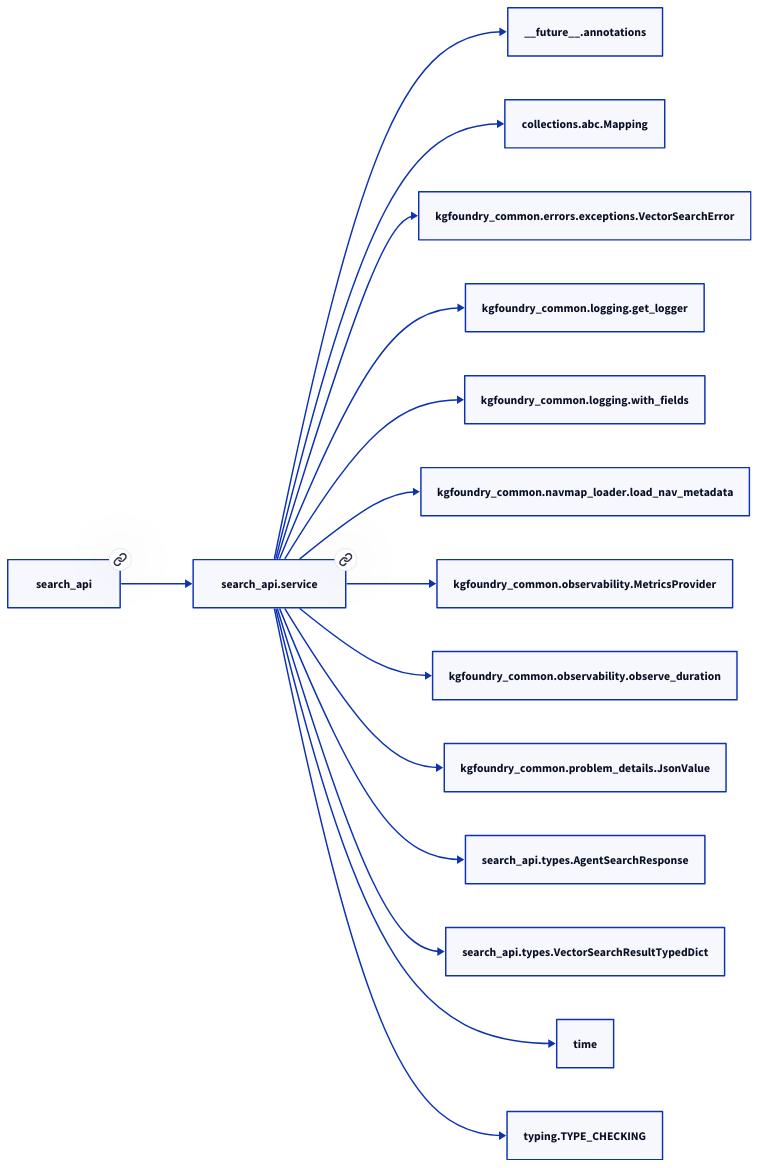
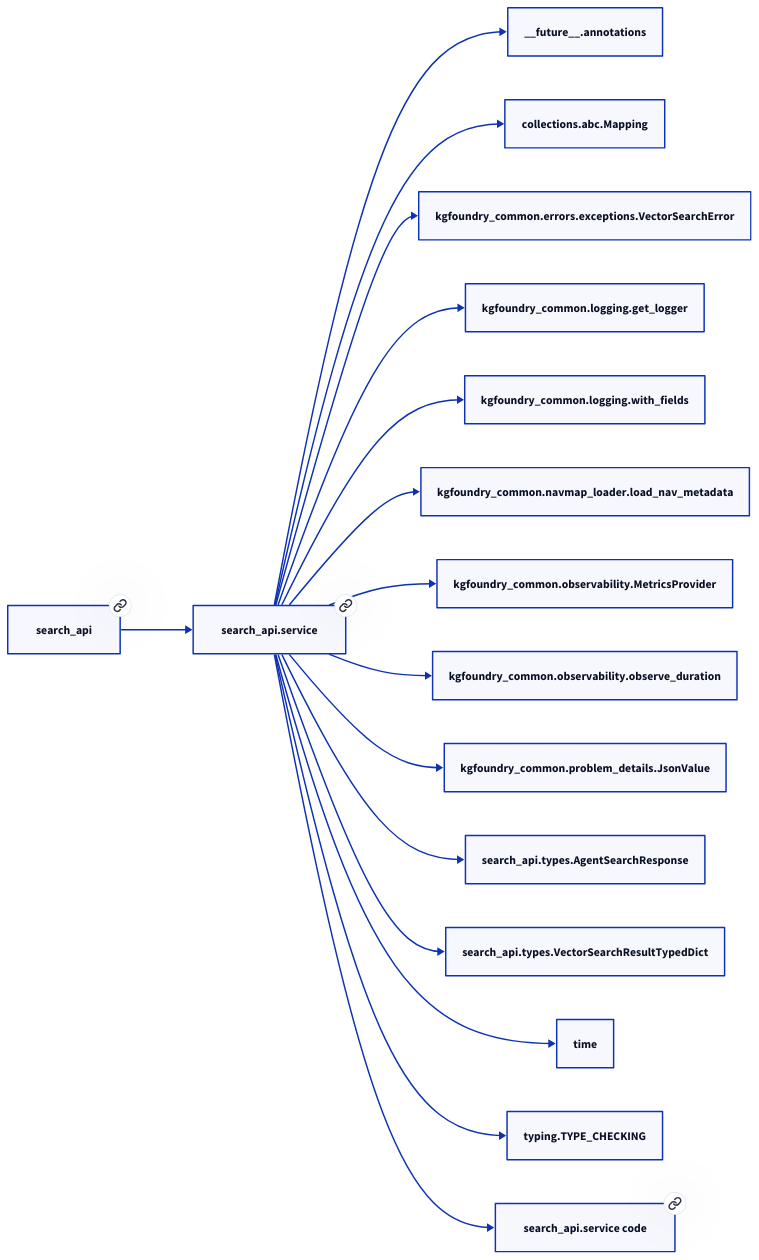
The diagram in docs/modules/search_api/service.md (paul-heyse/kgforge), drawn with D2 before and after one commit. The commit also changed other lines of this file and 319 other files, not shown here.

````diff
--- a/docs/modules/search_api/service.md
+++ b/docs/modules/search_api/service.md
@@ -41,32 +43,34 @@
 ```d2
 direction: right
-"search_api.service": "search_api.service" { link: "service.md" }
+"search_api.service": "search_api.service" { link: "./search_api/service.md" }
 "__future__.annotations": "__future__.annotations"
 "search_api.service" -> "__future__.annotations"
 "collections.abc.Mapping": "collections.abc.Mapping"
 "search_api.service" -> "collections.abc.Mapping"
 "kgfoundry_common.errors.exceptions.VectorSearchError": "kgfoundry_common.errors.exceptions.VectorSearchError"
 "search_api.service" -> "kgfoundry_common.errors.exceptions.VectorSearchError"
 "kgfoundry_common.logging.get_logger": "kgfoundry_common.logging.get_logger"
 "search_api.service" -> "kgfoundry_common.logging.get_logger"
 "kgfoundry_common.logging.with_fields": "kgfoundry_common.logging.with_fields"
 "search_api.service" -> "kgfoundry_common.logging.with_fields"
 "kgfoundry_common.navmap_loader.load_nav_metadata": "kgfoundry_common.navmap_loader.load_nav_metadata"
 "search_api.service" -> "kgfoundry_common.navmap_loader.load_nav_metadata"
 "kgfoundry_common.observability.MetricsProvider": "kgfoundry_common.observability.MetricsProvider"
 "search_api.service" -> "kgfoundry_common.observability.MetricsProvider"
 "kgfoundry_common.observability.observe_duration": "kgfoundry_common.observability.observe_duration"
 "search_api.service" -> "kgfoundry_common.observability.observe_duration"
 "kgfoundry_common.problem_details.JsonValue": "kgfoundry_common.problem_details.JsonValue"
 "search_api.service" -> "kgfoundry_common.problem_details.JsonValue"
 "search_api.types.AgentSearchResponse": "search_api.types.AgentSearchResponse"
 "search_api.service" -> "search_api.types.AgentSearchResponse"
 "search_api.types.VectorSearchResultTypedDict": "search_api.types.VectorSearchResultTypedDict"
 "search_api.service" -> "search_api.types.VectorSearchResultTypedDict"
 "time": "time"
 "search_api.service" -> "time"
 "typing.TYPE_CHECKING": "typing.TYPE_CHECKING"
 "search_api.service" -> "typing.TYPE_CHECKING"
-"search_api": "search_api" { link: "../search_api.md" }
+"search_api": "search_api" { link: "./search_api.md" }
 "search_api" -> "search_api.service"
+"search_api.service_code": "search_api.service code" { link: "https://github.com/kgfoundry/kgfoundry/blob/main/src/search_api/service.py" }
+"search_api.service" -> "search_api.service_code" { style: dashed }
 ```
````
